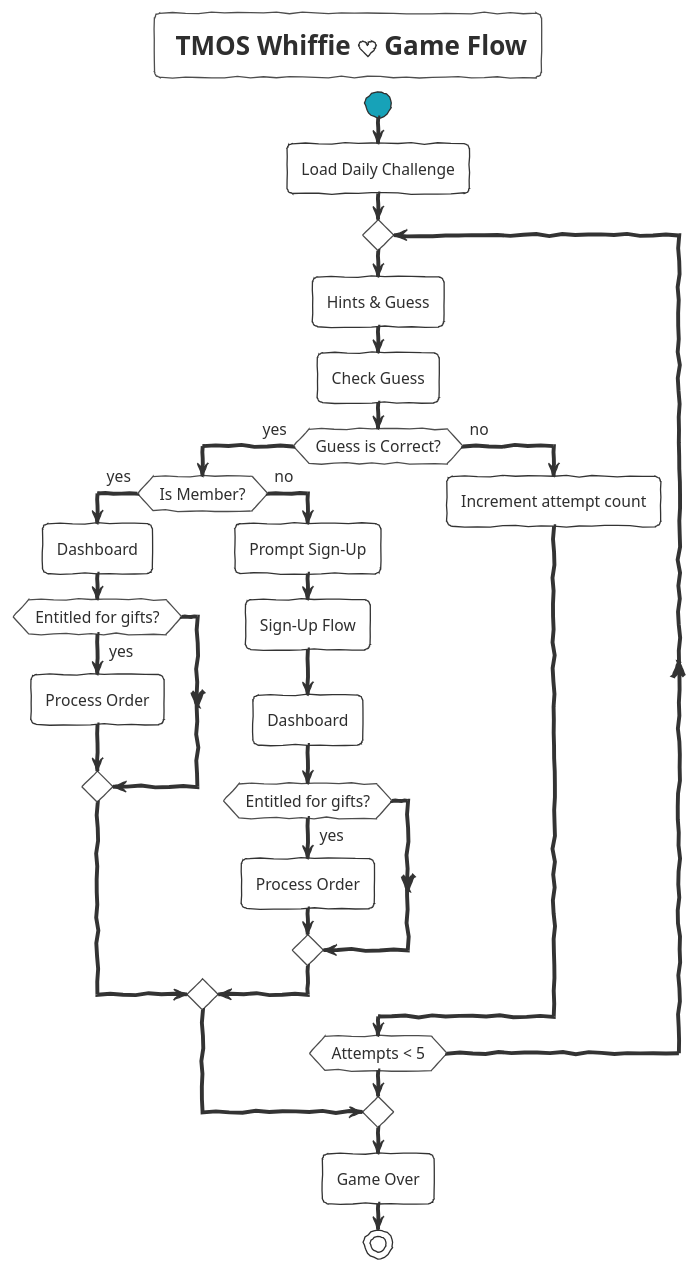
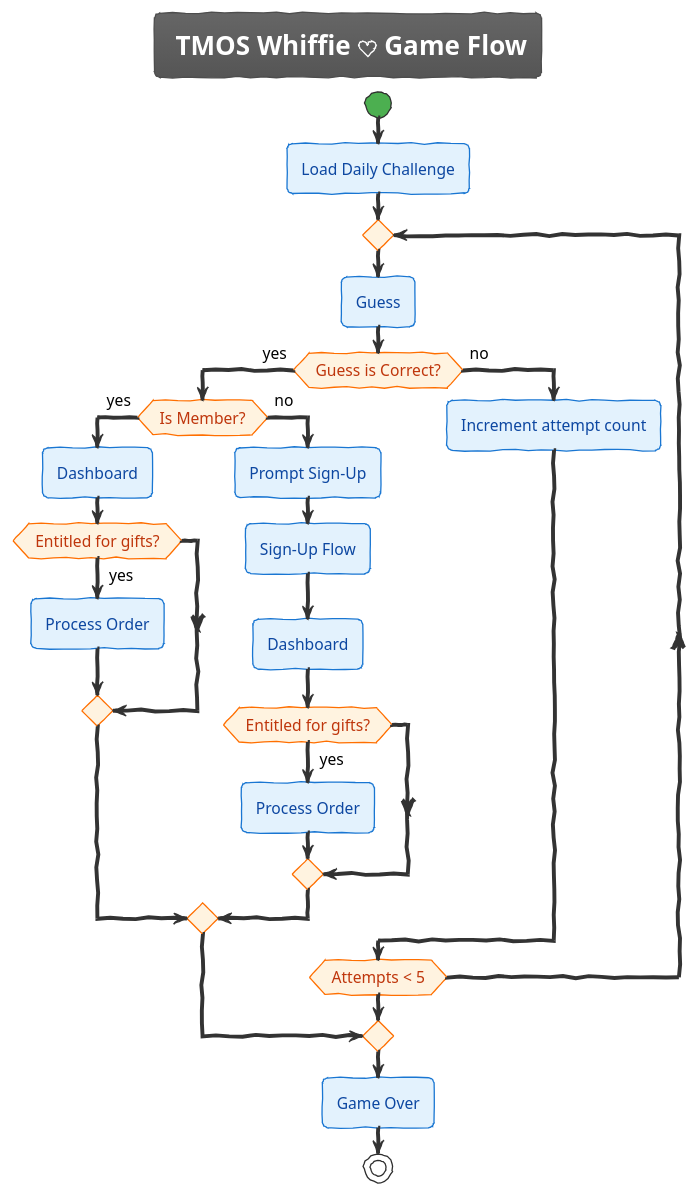
One commit to pmwong008/PlantUML_boot changed the diagram in docs/architecture/tmos_activity_game_flow.puml. Above: the diagram before and after it, drawn with PlantUML. The commit also changed 3 other files, not shown here.

Commit message:
Theme sketchy details added.

```diff
--- a/docs/architecture/tmos_activity_game_flow.puml
+++ b/docs/architecture/tmos_activity_game_flow.puml
@@ -1,34 +1,48 @@
 @startuml
-!theme sketchy-outline
+!theme sketchy
+
+skinparam activity {
+  BackgroundColor #E3F2FD
+  BorderColor #1976D2
+  FontColor #0D47A1
+}
+skinparam activityDiamondBackgroundColor #FFF3E0
+skinparam activityDiamondBorderColor #FF6F00
+skinparam activityDiamondFontColor #BF360C
+skinparam activityStartColor #4CAF50
+skinparam activityEndColor #F44336
+
+skinparam ArrowFontColor black
+
 title <size:20> TMOS Whiffie <&heart> Game Flow
 
 start
 
 :Load Daily Challenge;
 
 repeat
-  :Hints & Guess;
-  :Check Guess;
+
+  :Guess;
   if (Guess is Correct?) then (yes)
     if (Is Member?) then (yes)
       :Dashboard;
       if (Entitled for gifts?) then (yes)
         :Process Order;
       endif
     else (no)
       :Prompt Sign-Up;
       :Sign-Up Flow;
       :Dashboard;
       if (Entitled for gifts?) then (yes)
         :Process Order;
       endif
     endif
     break
   else (no)
     :Increment attempt count;
   endif
 repeat while (Attempts < 5)
 
 :Game Over;
 stop
 @enduml
```
